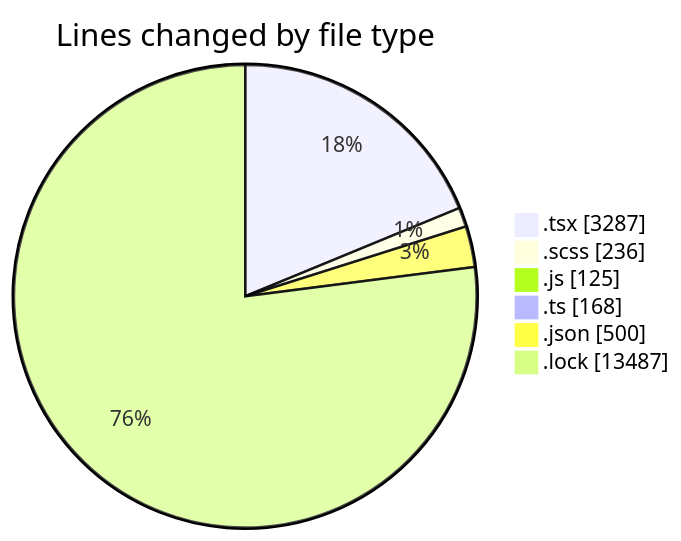
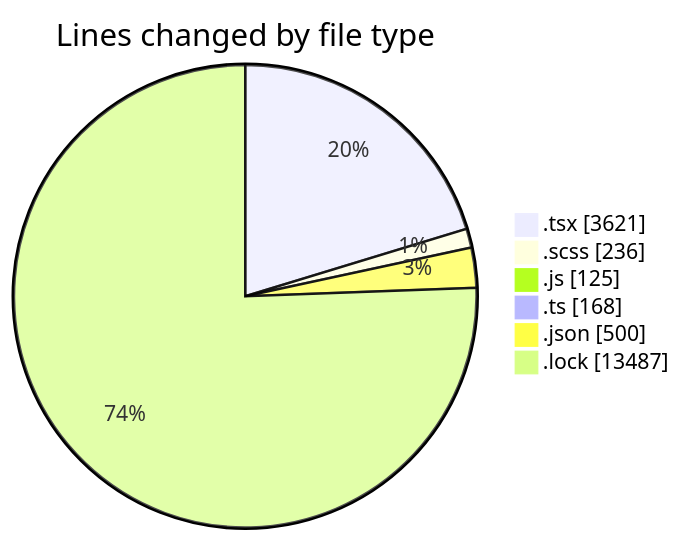
Before and after one commit to momahboobian/code-tracking: the first of 2 diagrams in 2026-04-24/cda/README.md, drawn with Mermaid. The commit also changed other lines of this file and 1 other file, not shown here.

````diff
--- a/2026-04-24/cda/README.md
+++ b/2026-04-24/cda/README.md
@@ -45,10 +47,10 @@
 ```mermaid
 pie showData
 title Lines changed by file type
-".tsx" : 3287
+".tsx" : 3621
 ".scss" : 236
 ".js" : 125
 ".ts" : 168
 ".json" : 500
 ".lock" : 13487
 ```
````
